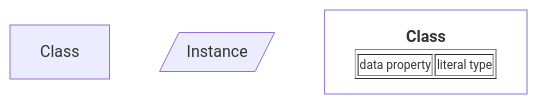
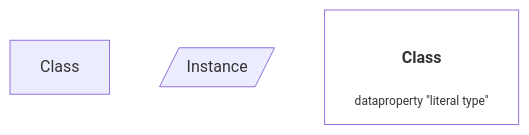
One commit to cambridge-cares/TheWorldAvatar changed the first of 6 diagrams in JPS_Ontology/ontology/ontoprofile/README.MD. Above: the diagram before and after it, drawn with Mermaid. The commit also changed other lines of this file, not shown here.

Commit message:
dev-service-execution-ontology-extension: refactor table html to plain text html

````diff
--- a/JPS_Ontology/ontology/ontoprofile/README.MD
+++ b/JPS_Ontology/ontology/ontoprofile/README.MD
@@ -29,10 +29,10 @@
 ```mermaid
 flowchart TD
     %% Styling
     classDef literal fill:none
 
     %% Diagram
     clazz[Class]
     instance[/Instance/]
-    clazzLiteral["<table border='1' style='font-size:0.75rem;'><tr style='font-size:1.25rem;'><b>Class</b></tr><tr><td>data property</td><td>literal type</td></tr></table>"]:::literal
+    clazzLiteral["<h4>Class</h4><p style='font-size:0.75rem;'>dataproperty &quot;literal type&quot;</p>"]:::literal
 ```
````
